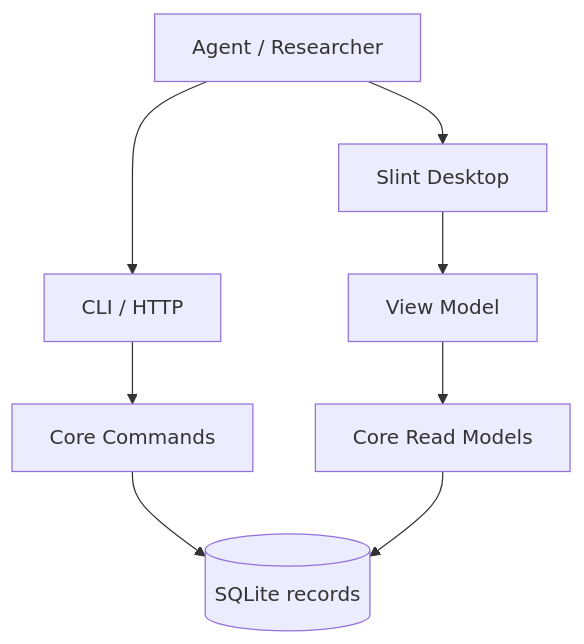
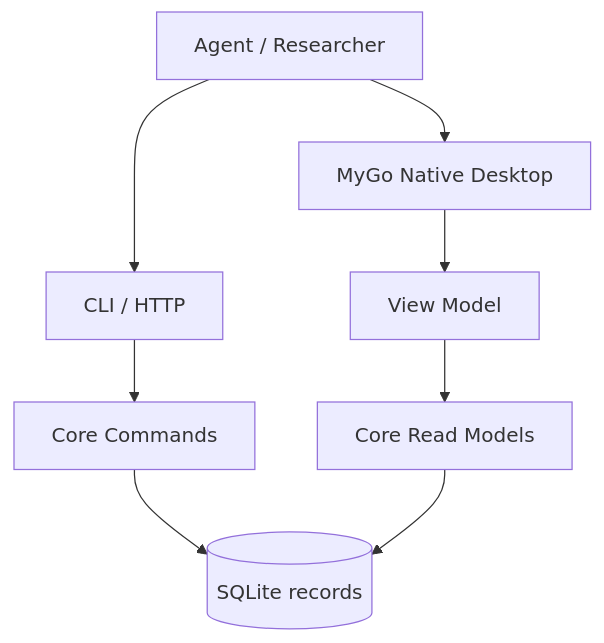
One commit to LLLin000/AsterLab changed the first of 6 diagrams in docs/architecture.md. Above: the diagram before and after it, drawn with Mermaid. The commit also changed other lines of this file and 3 other files, not shown here.

````diff
--- a/docs/architecture.md
+++ b/docs/architecture.md
@@ -11,10 +13,10 @@
 ```mermaid
 flowchart TB
-  A[Agent / Researcher] --> B[Slint Desktop]
+  A[Agent / Researcher] --> B[MyGo Native Desktop]
   A --> C[CLI / HTTP]
   B --> D[View Model]
   C --> E[Core Commands]
   D --> F[Core Read Models]
   E --> G[(SQLite records)]
   F --> G
 ```
````
